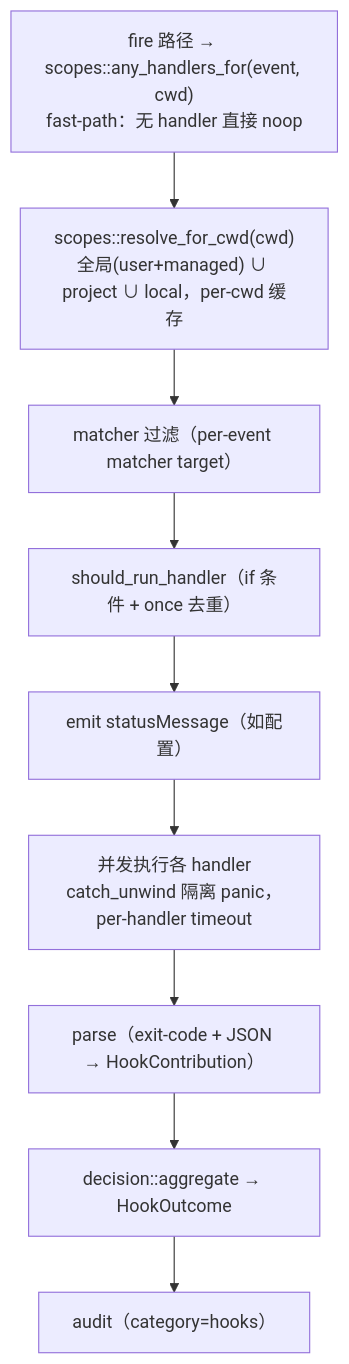
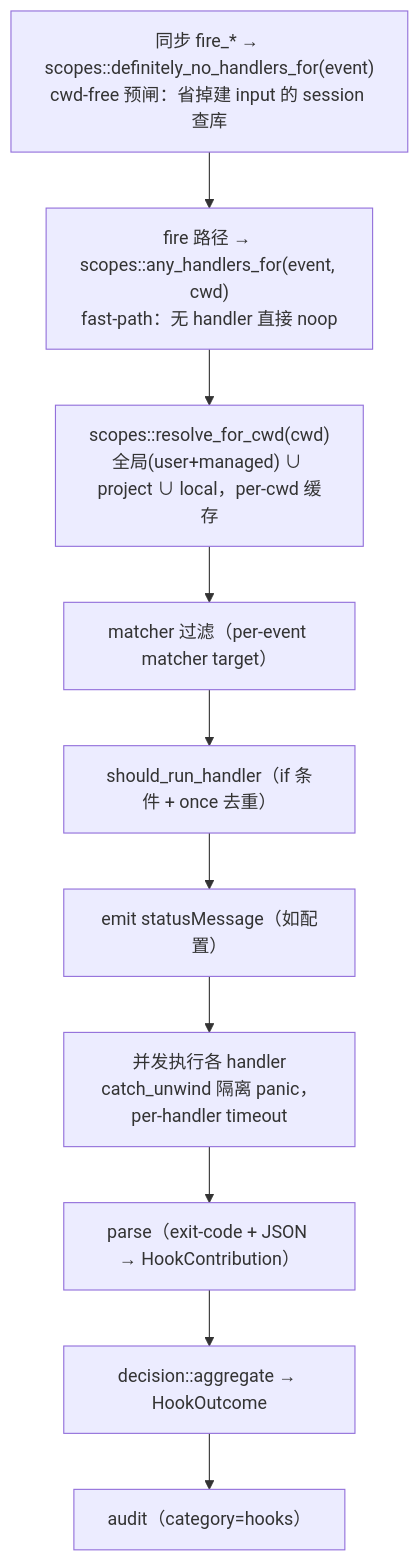
Before and after one commit to shiwenwen/hope-agent: the diagram in docs/architecture/hooks.md, drawn with Mermaid. The commit also changed other lines of this file and 45 other files, not shown here.

````diff
--- a/docs/architecture/hooks.md
+++ b/docs/architecture/hooks.md
@@ -141,13 +141,14 @@
 ```mermaid
 flowchart TD
+    A0["同步 fire_* → scopes::definitely_no_handlers_for(event)<br/>cwd-free 预闸：省掉建 input 的 session 查库"]
     A["fire 路径 → scopes::any_handlers_for(event, cwd)<br/>fast-path：无 handler 直接 noop"]
     B["scopes::resolve_for_cwd(cwd)<br/>全局(user+managed) ∪ project ∪ local，per-cwd 缓存"]
     C["matcher 过滤（per-event matcher target）"]
     D["should_run_handler（if 条件 + once 去重）"]
     E["emit statusMessage（如配置）"]
     F["并发执行各 handler<br/>catch_unwind 隔离 panic，per-handler timeout"]
     G["parse（exit-code + JSON → HookContribution）"]
     H["decision::aggregate → HookOutcome"]
     I["audit（category=hooks）"]
-    A --> B --> C --> D --> E --> F --> G --> H --> I
+    A0 --> A --> B --> C --> D --> E --> F --> G --> H --> I
 ```
````
